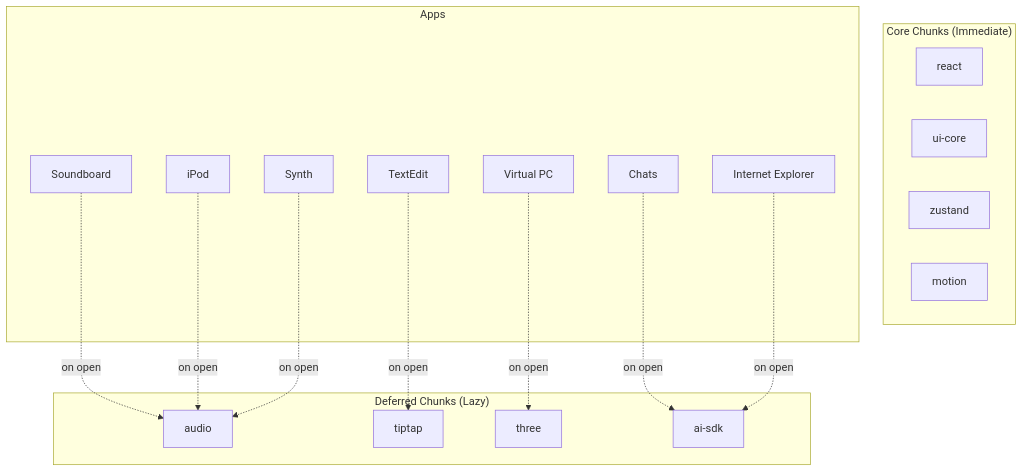
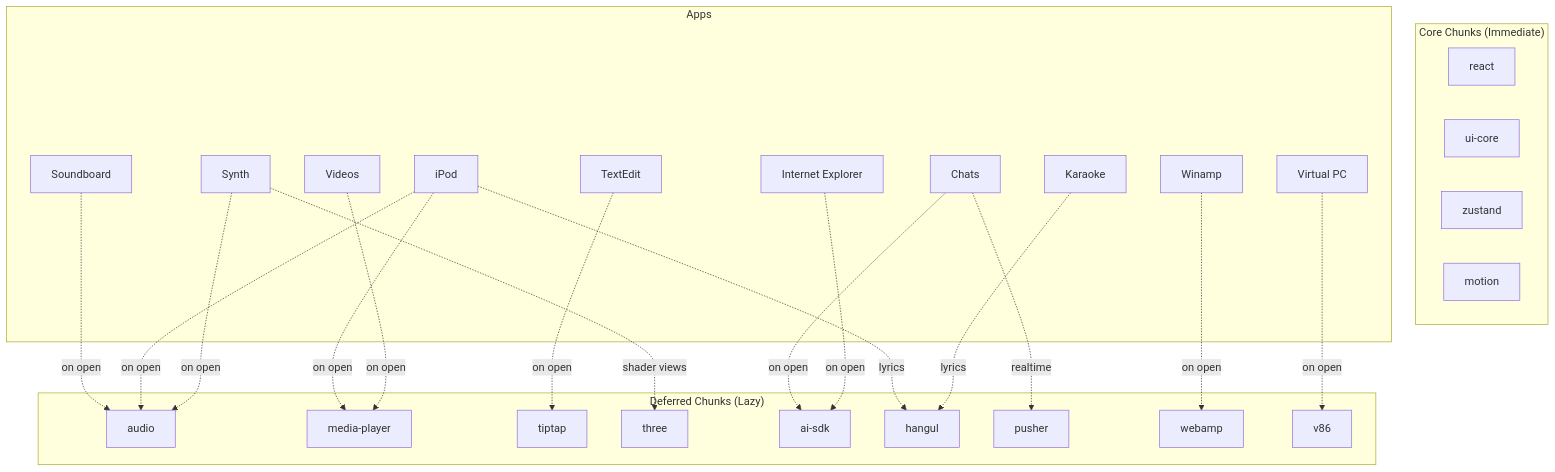
The third of 6 diagrams in docs/1.1-architecture.md (ryokun6/ryos), drawn with Mermaid before and after one commit. The commit also changed other lines of this file and 60 other files, not shown here.

````diff
--- a/docs/1.1-architecture.md
+++ b/docs/1.1-architecture.md
@@ -133,34 +138,49 @@
 ```mermaid
 graph TD
     subgraph Core["Core Chunks (Immediate)"]
         R[react]
         UI[ui-core]
         Z[zustand]
         M[motion]
     end
     
     subgraph Deferred["Deferred Chunks (Lazy)"]
         AU[audio]
+        MP[media-player]
         TT[tiptap]
         TH[three]
         AI[ai-sdk]
+        H[hangul]
+        P[pusher]
+        W[webamp]
+        V[v86]
     end
     
     subgraph Apps
         SB[Soundboard]
         IP[iPod]
         SY[Synth]
         TE[TextEdit]
         PC[Virtual PC]
         CH[Chats]
         IE[Internet Explorer]
+        KA[Karaoke]
+        VI[Videos]
+        WA[Winamp]
     end
     
     SB -.->|"on open"| AU
     IP -.->|"on open"| AU
+    IP -.->|"on open"| MP
+    IP -.->|"lyrics"| H
     SY -.->|"on open"| AU
+    SY -.->|"shader views"| TH
     TE -.->|"on open"| TT
-    PC -.->|"on open"| TH
+    PC -.->|"on open"| V
     CH -.->|"on open"| AI
+    CH -.->|"realtime"| P
     IE -.->|"on open"| AI
+    KA -.->|"lyrics"| H
+    VI -.->|"on open"| MP
+    WA -.->|"on open"| W
 ```
````
